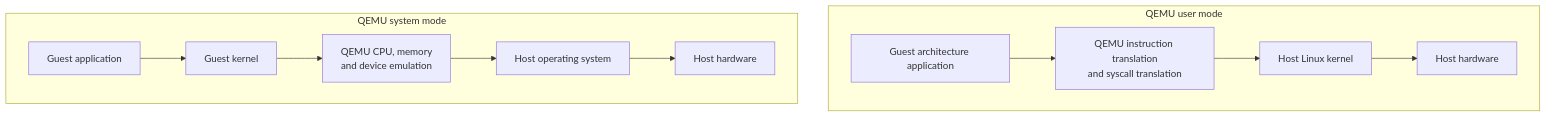
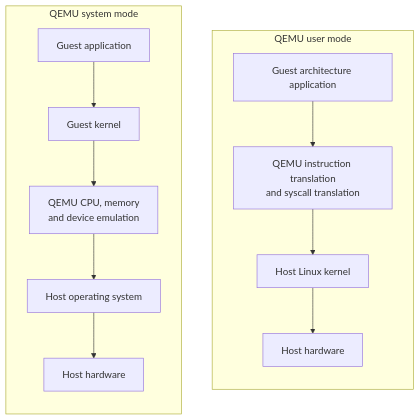
One commit to evshary/ros2-learning changed the diagram in docs/others/qemu.md. Above: the diagram before and after it, drawn with Mermaid.

Commit message:
Adjust QEMU architecture

````diff
--- a/docs/others/qemu.md
+++ b/docs/others/qemu.md
@@ -17,19 +17,21 @@
 ```mermaid
 flowchart TB
     subgraph UserMode[QEMU user mode]
+        direction TB
         App1[Guest architecture application]
         QemuUser[QEMU instruction translation<br/>and syscall translation]
         HostKernel1[Host Linux kernel]
         HostHardware1[Host hardware]
         App1 --> QemuUser --> HostKernel1 --> HostHardware1
     end
 
     subgraph SystemMode[QEMU system mode]
+        direction TB
         App2[Guest application]
         GuestKernel[Guest kernel]
         QemuSystem[QEMU CPU, memory<br/>and device emulation]
         HostKernel2[Host operating system]
         HostHardware2[Host hardware]
         App2 --> GuestKernel --> QemuSystem --> HostKernel2 --> HostHardware2
     end
 ```
````
